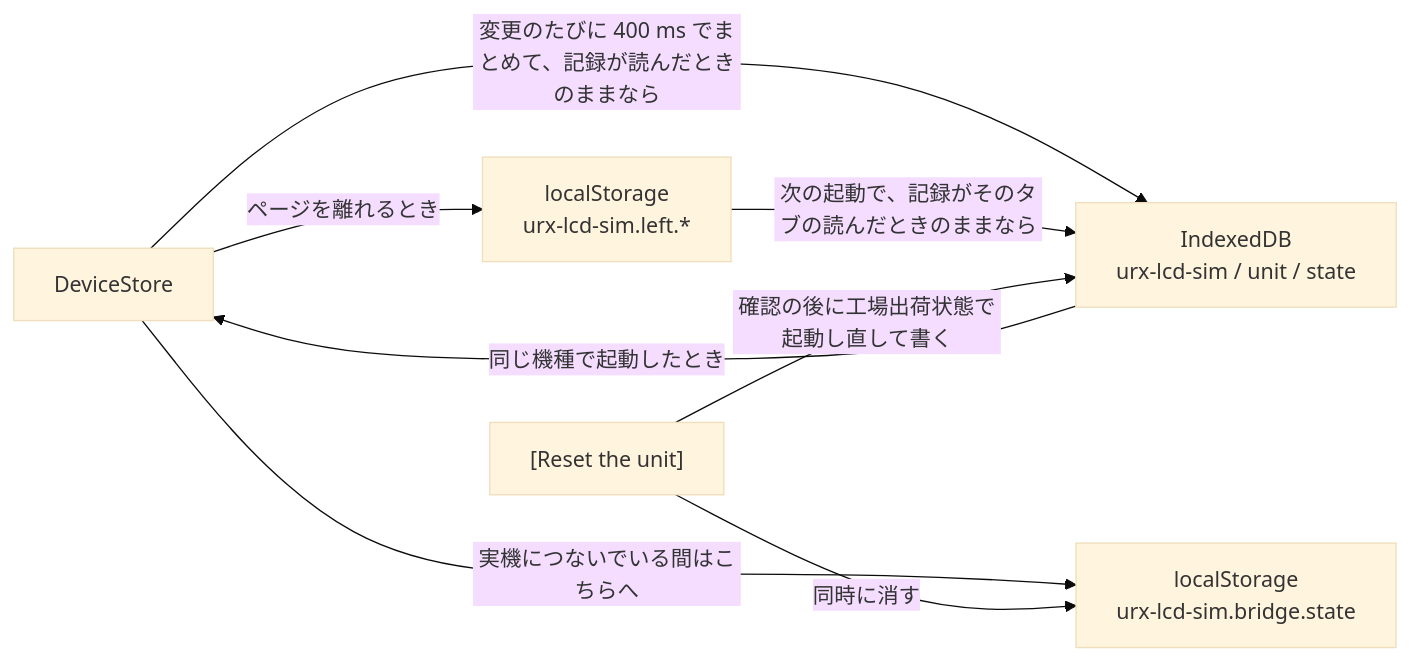
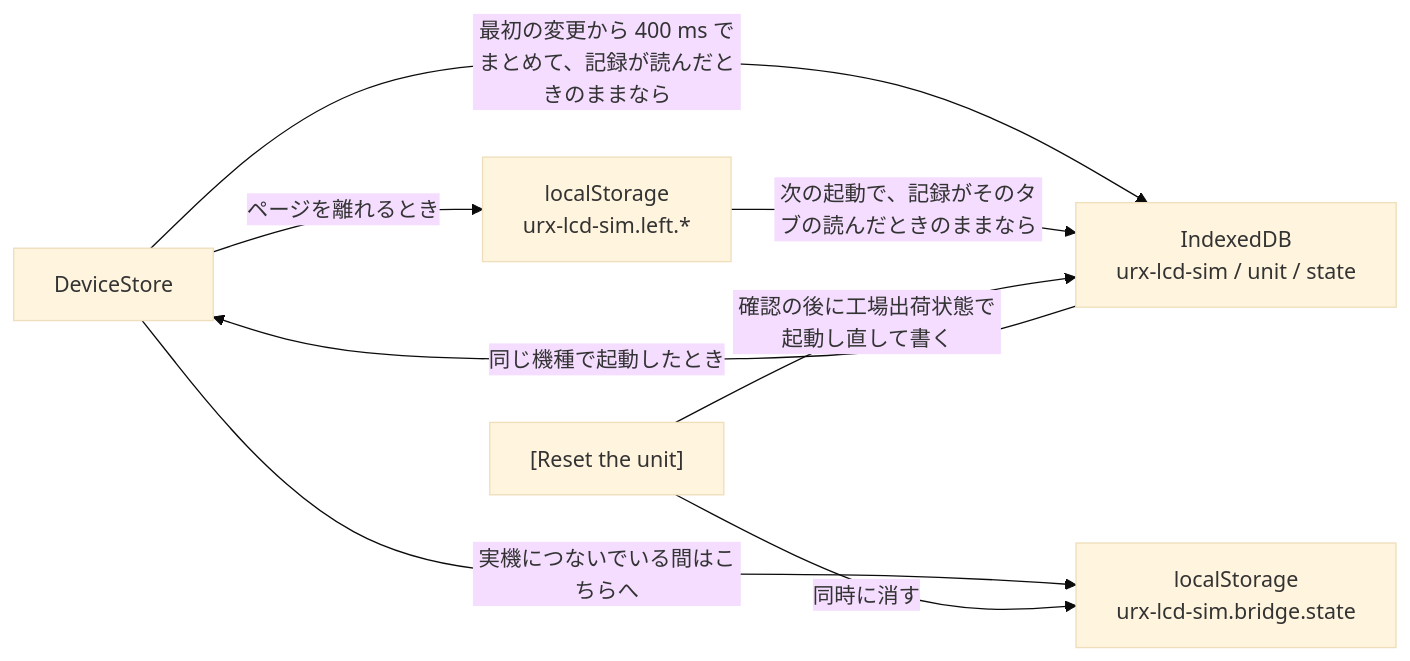
Before and after one commit to semnil/urx-lcd-sim: the second of 2 diagrams in docs/ja/architecture.md, drawn with Mermaid (base theme). The commit also changed other lines of this file and 1 other file, not shown here.

First line of the commit message:
Say that the unit is stored 400 ms after the first change of a burst

````diff
--- a/docs/ja/architecture.md
+++ b/docs/ja/architecture.md
@@ -155,10 +156,10 @@
 ```mermaid
 flowchart LR
-  ST["DeviceStore"] -->|"変更のたびに 400 ms でまとめて、記録が読んだときのままなら"| DB["IndexedDB<br/>urx-lcd-sim / unit / state"]
+  ST["DeviceStore"] -->|"最初の変更から 400 ms でまとめて、記録が読んだときのままなら"| DB["IndexedDB<br/>urx-lcd-sim / unit / state"]
   DB -->|"同じ機種で起動したとき"| ST
   ST -->|"ページを離れるとき"| LEFT["localStorage<br/>urx-lcd-sim.left.*"]
   LEFT -->|"次の起動で、記録がそのタブの読んだときのままなら"| DB
   RS["[Reset the unit]"] -->|"確認の後に工場出荷状態で起動し直して書く"| DB
   ST -->|"実機につないでいる間はこちらへ"| LB["localStorage<br/>urx-lcd-sim.bridge.state"]
   RS -->|"同時に消す"| LB
 ```
````
